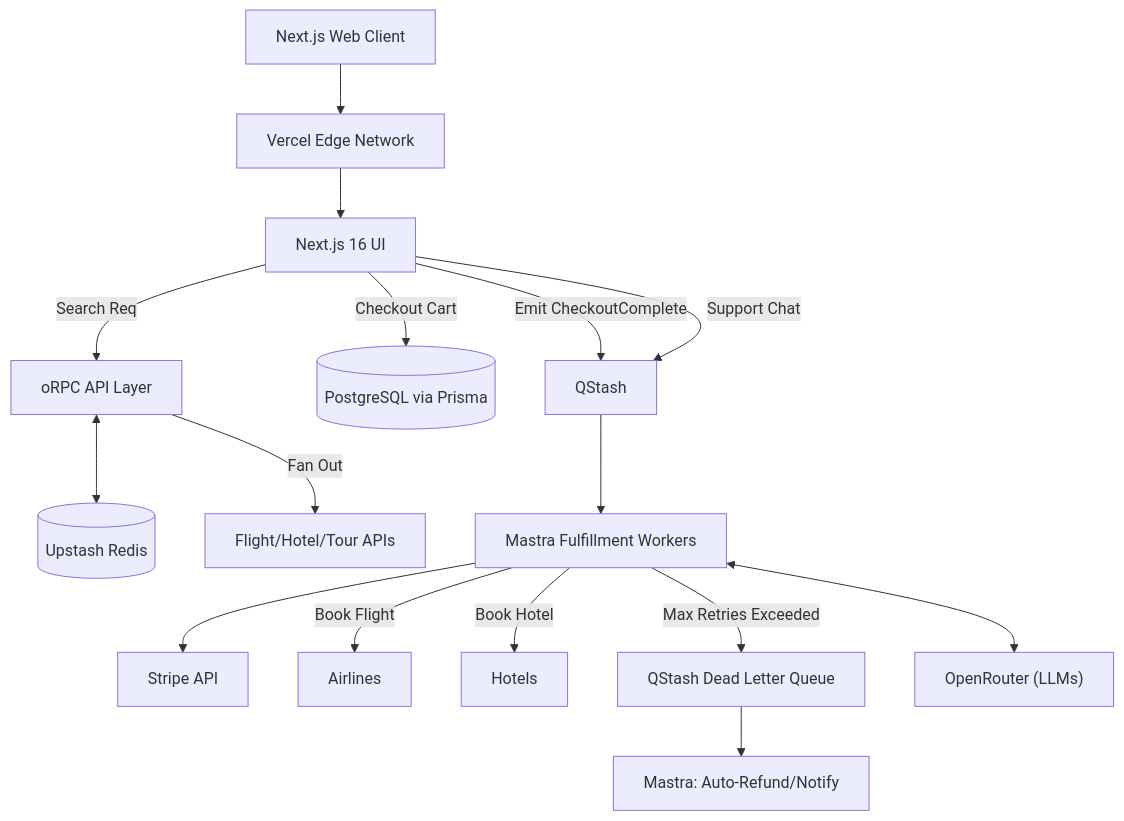
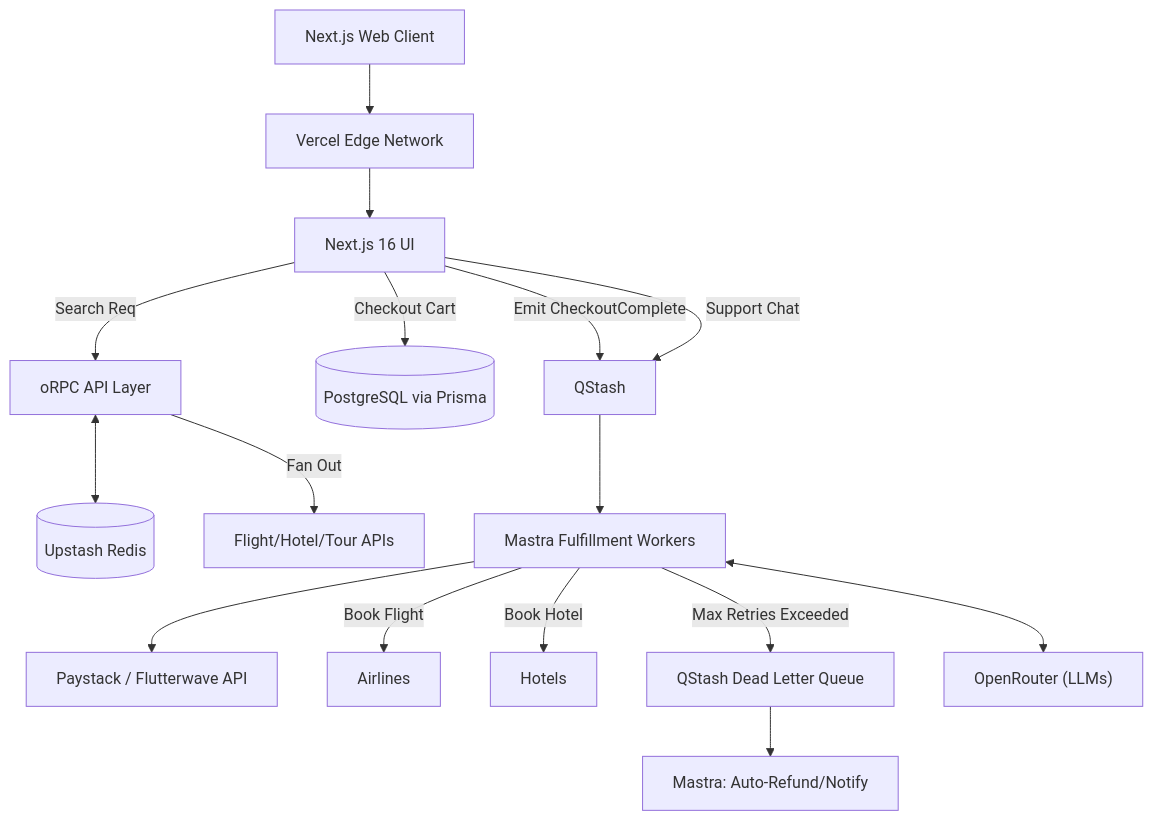
The first of 3 diagrams in CASE_STUDY_AI_NATIVE.md (moses-Dera/master-trip), drawn with Mermaid before and after one commit. The commit also changed other lines of this file and 2 other files, not shown here.

Commit message:
feat: migrate payment processing and architecture documentation from Stripe to Paystack

````diff
--- a/CASE_STUDY_AI_NATIVE.md
+++ b/CASE_STUDY_AI_NATIVE.md
@@ -55,28 +55,28 @@
 ```mermaid
 flowchart TD
     Client["Next.js Web Client"] --> CDN["Vercel Edge Network"]
     CDN --> NextJS["Next.js 16 UI"]
     
     %% Core Search Flow
     NextJS -- "Search Req" --> oRPC["oRPC API Layer"]
     oRPC <--> Redis[("Upstash Redis")]
     oRPC -- "Fan Out" --> Providers["Flight/Hotel/Tour APIs"]
     
     %% Booking & Event Flow
     NextJS -- "Checkout Cart" --> Postgres[("PostgreSQL via Prisma")]
     NextJS -- "Emit CheckoutComplete" --> Queue["QStash"]
     
     %% Async Fulfillment
     Queue --> FulfillmentWorker["Mastra Fulfillment Workers"]
-    FulfillmentWorker --> Stripe["Stripe API"]
+    FulfillmentWorker --> Stripe["Paystack / Flutterwave API"]
     FulfillmentWorker -- "Book Flight" --> FlightAPI["Airlines"]
     FulfillmentWorker -- "Book Hotel" --> HotelAPI["Hotels"]
     
     %% Failure Boundary
     FulfillmentWorker -- "Max Retries Exceeded" --> DLQ["QStash Dead Letter Queue"]
     DLQ --> RefundWorker["Mastra: Auto-Refund/Notify"]
     
     %% AI Support Flow
     NextJS -- "Support Chat" --> Queue
     FulfillmentWorker <--> OpenRouter["OpenRouter (LLMs)"]
 ```
````
